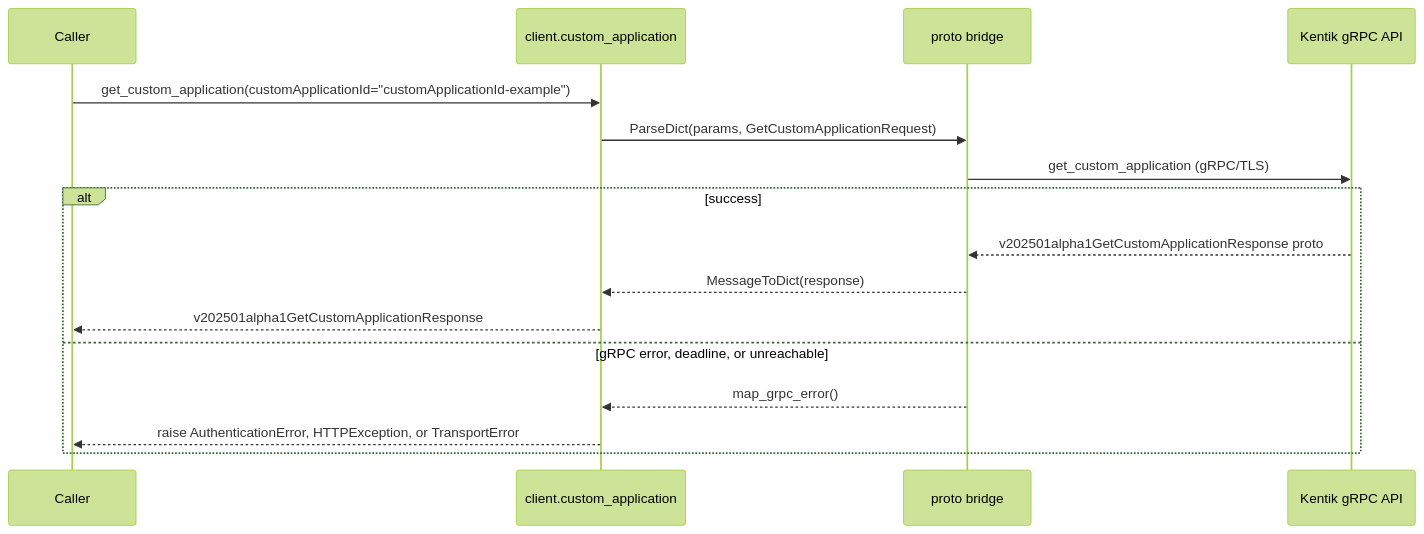
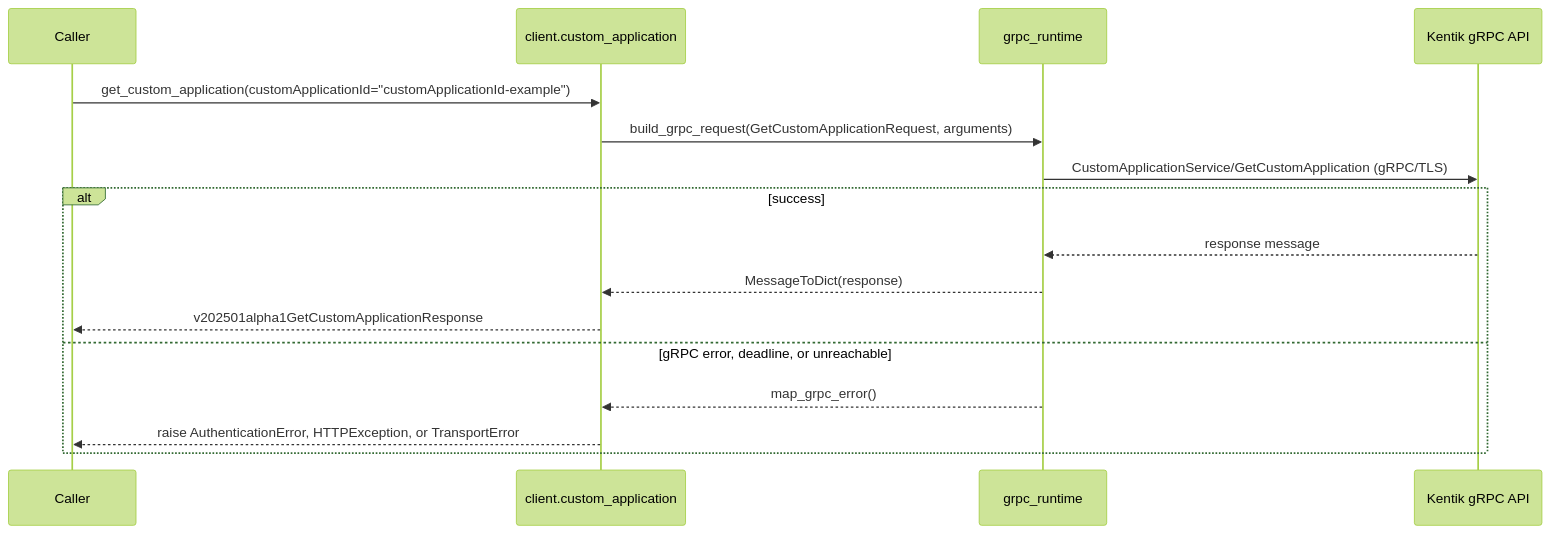
One commit to alexdearaujo/community_sdk_python changed the seventh of 12 diagrams in docs/sphinx/services/custom_application.md. Above: the diagram before and after it, drawn with Mermaid (forest theme). The commit also changed other lines of this file and 37 other files, not shown here.

First line of the commit message:
docs: show the real RPC in each service page's gRPC diagram

````diff
--- a/docs/sphinx/services/custom_application.md
+++ b/docs/sphinx/services/custom_application.md
@@ -203,19 +203,19 @@
 ```mermaid
 sequenceDiagram
     participant C as Caller
     participant W as client.custom_application
-    participant B as proto bridge
+    participant R as grpc_runtime
     participant API as Kentik gRPC API
 
     C->>W: get_custom_application(customApplicationId="customApplicationId-example")
-    W->>B: ParseDict(params, GetCustomApplicationRequest)
-    B->>API: get_custom_application (gRPC/TLS)
+    W->>R: build_grpc_request(GetCustomApplicationRequest, arguments)
+    R->>API: CustomApplicationService/GetCustomApplication (gRPC/TLS)
     alt success
-        API-->>B: v202501alpha1GetCustomApplicationResponse proto
-        B-->>W: MessageToDict(response)
+        API-->>R: response message
+        R-->>W: MessageToDict(response)
         W-->>C: v202501alpha1GetCustomApplicationResponse
     else gRPC error, deadline, or unreachable
-        B-->>W: map_grpc_error()
+        R-->>W: map_grpc_error()
         W-->>C: raise AuthenticationError, HTTPException, or TransportError
     end
 ```
````
